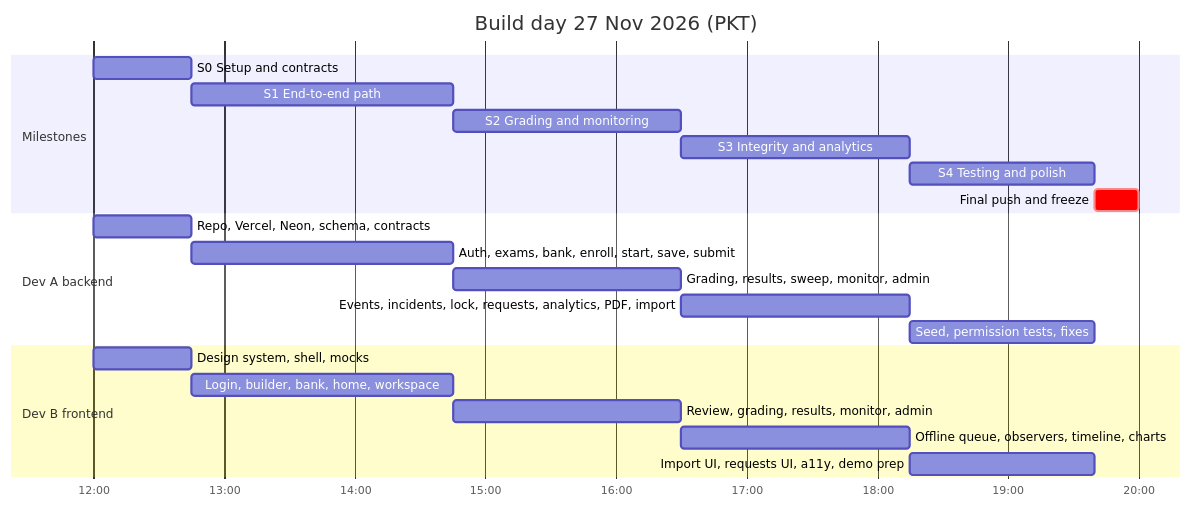
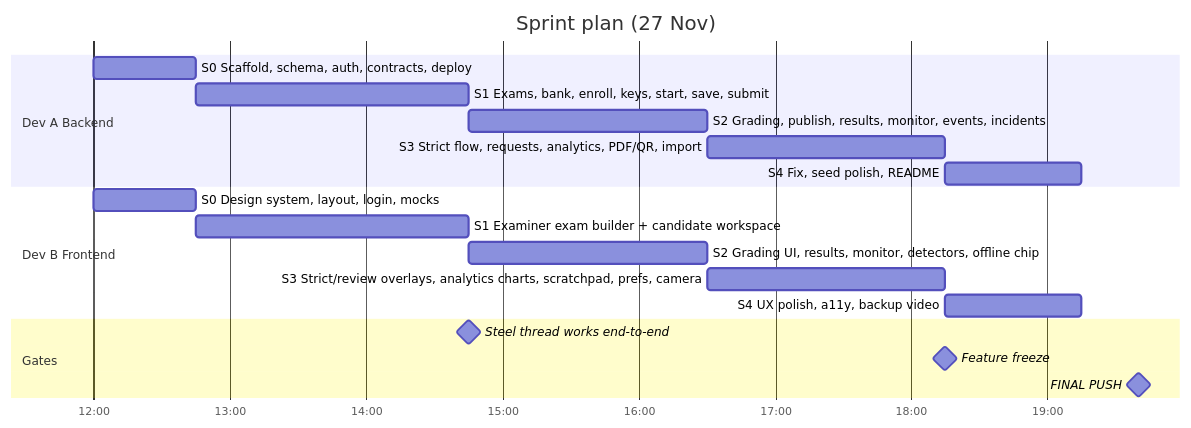
Before and after one commit to Muhammad-Faizan-DS/WEB-E-THON: diagram 11 of 11 in PRD.md, drawn with Mermaid. The commit also changed other lines of this file and 31 other files, not shown here.

Commit message:
docs(project): adopt the backend workspace PRD and agent kit

````diff
--- a/PRD.md
+++ b/PRD.md
@@ -954,25 +523,22 @@
 ```mermaid
 gantt
-  title Build day 27 Nov 2026 (PKT)
+  title Sprint plan (27 Nov)
   dateFormat HH:mm
   axisFormat %H:%M
-  section Milestones
-  S0 Setup and contracts          :s0, 12:00, 45m
-  S1 End-to-end path              :s1, after s0, 120m
-  S2 Grading and monitoring       :s2, after s1, 105m
-  S3 Integrity and analytics      :s3, after s2, 105m
-  S4 Testing and polish           :s4, after s3, 85m
-  Final push and freeze           :crit, s5, after s4, 20m
-  section Dev A backend
-  Repo, Vercel, Neon, schema, contracts      :a0, 12:00, 45m
-  Auth, exams, bank, enroll, start, save, submit :a1, after a0, 120m
-  Grading, results, sweep, monitor, admin    :a2, after a1, 105m
-  Events, incidents, lock, requests, analytics, PDF, import :a3, after a2, 105m
-  Seed, permission tests, fixes              :a4, after a3, 85m
-  section Dev B frontend
-  Design system, shell, mocks                :b0, 12:00, 45m
-  Login, builder, bank, home, workspace      :b1, after b0, 120m
-  Review, grading, results, monitor, admin   :b2, after b1, 105m
-  Offline queue, observers, timeline, charts :b3, after b2, 105m
-  Import UI, requests UI, a11y, demo prep    :b4, after b3, 85m
+  section Dev A Backend
+  S0 Scaffold, schema, auth, contracts, deploy   :a0, 12:00, 45m
+  S1 Exams, bank, enroll, keys, start, save, submit :a1, after a0, 120m
+  S2 Grading, publish, results, monitor, events, incidents :a2, after a1, 105m
+  S3 Strict flow, requests, analytics, PDF/QR, import :a3, after a2, 105m
+  S4 Fix, seed polish, README                     :a4, after a3, 60m
+  section Dev B Frontend
+  S0 Design system, layout, login, mocks          :b0, 12:00, 45m
+  S1 Examiner exam builder + candidate workspace  :b1, after b0, 120m
+  S2 Grading UI, results, monitor, detectors, offline chip :b2, after b1, 105m
+  S3 Strict/review overlays, analytics charts, scratchpad, prefs, camera :b3, after b2, 105m
+  S4 UX polish, a11y, backup video                :b4, after b3, 60m
+  section Gates
+  Steel thread works end-to-end                   :milestone, m1, 14:45, 0m
+  Feature freeze                                  :milestone, m2, 18:15, 0m
+  FINAL PUSH                                      :milestone, m3, 19:40, 0m
 ```
````
